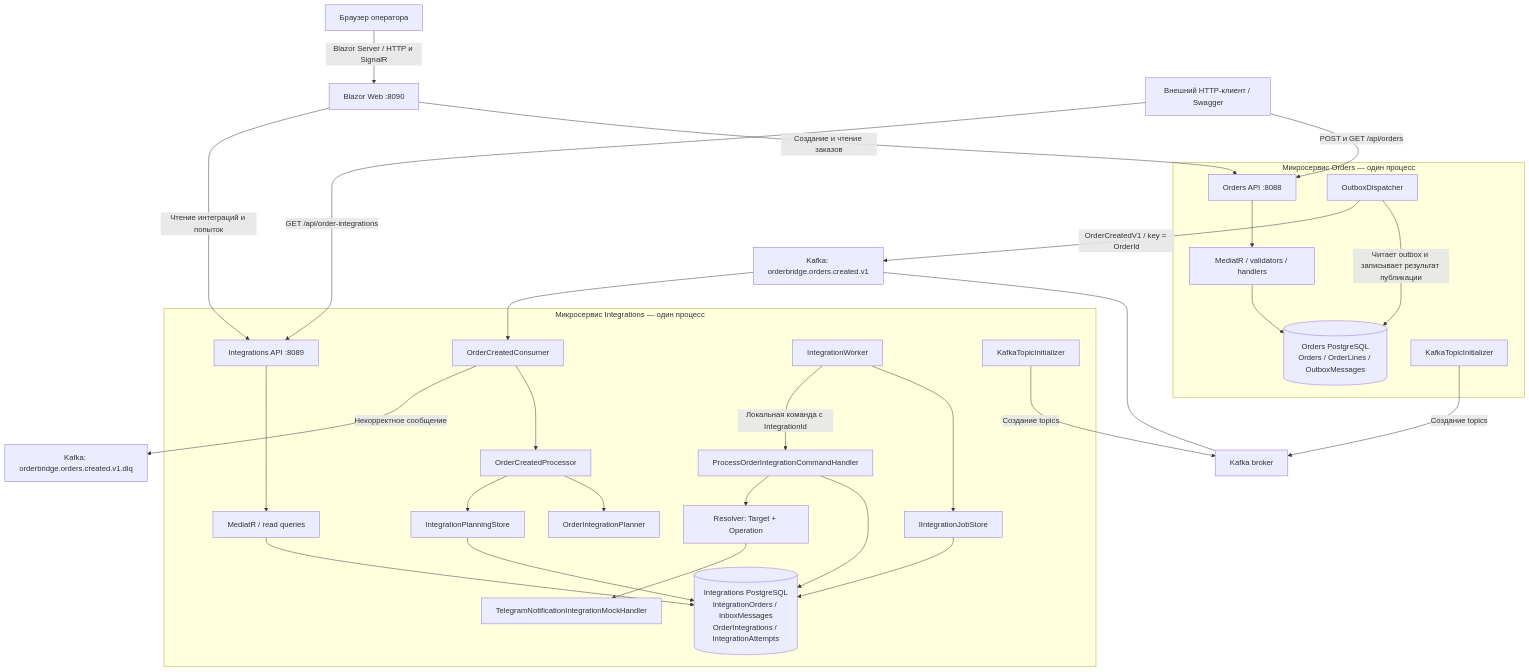
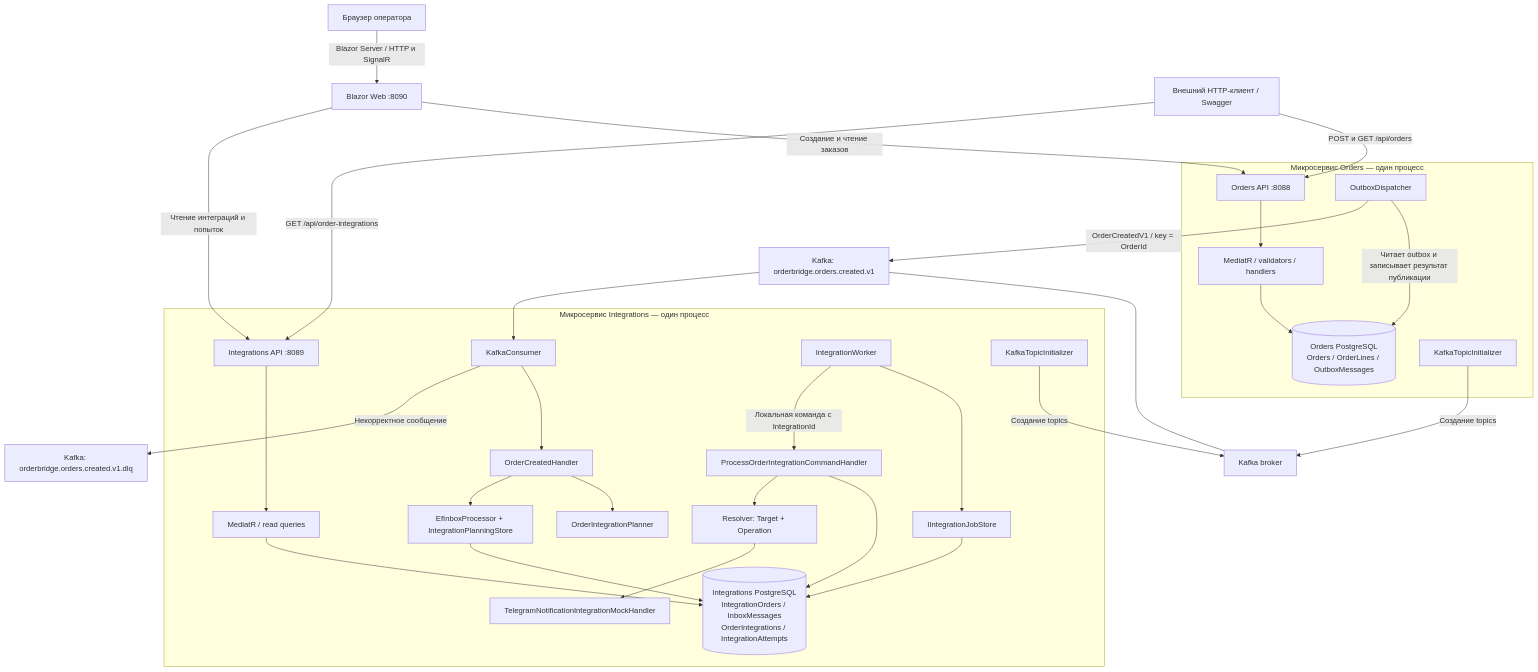
The first of 7 diagrams in docs/architecture.md (punkmyduck/b2b-order-bridge), drawn with Mermaid before and after one commit. The commit also changed other lines of this file and 4 other files, not shown here.

````diff
--- a/docs/architecture.md
+++ b/docs/architecture.md
@@ -12,39 +13,39 @@
 ```mermaid
 flowchart TB
     Browser[Браузер оператора] -->|Blazor Server / HTTP и SignalR| Web["Blazor Web :8090"]
     Client[Внешний HTTP-клиент / Swagger] -->|POST и GET /api/orders| OA
     Web -->|Создание и чтение заказов| OA
     Web -->|Чтение интеграций и попыток| IA
     Client -->|GET /api/order-integrations| IA
 
     subgraph Orders["Микросервис Orders — один процесс"]
         OA["Orders API :8088"] --> OH["MediatR / validators / handlers"]
         OH --> ODB[("Orders PostgreSQL\nOrders / OrderLines / OutboxMessages")]
         OD[OutboxDispatcher] -->|Читает outbox и записывает результат публикации| ODB
         OTI[KafkaTopicInitializer]
     end
 
     OD -->|"OrderCreatedV1 / key = OrderId"| KT["Kafka: orderbridge.orders.created.v1"]
     OTI -->|Создание topics| Kafka[Kafka broker]
     KT --- Kafka
 
     subgraph Integrations["Микросервис Integrations — один процесс"]
         IA["Integrations API :8089"] --> IQ["MediatR / read queries"]
-        IC[OrderCreatedConsumer] --> IP[OrderCreatedProcessor]
+        IC[KafkaConsumer] --> IP[OrderCreatedHandler]
         IP --> PL[OrderIntegrationPlanner]
-        IP --> PS[IntegrationPlanningStore]
+        IP --> PS["EfInboxProcessor + IntegrationPlanningStore"]
         PS --> IDB[("Integrations PostgreSQL\nIntegrationOrders / InboxMessages\nOrderIntegrations / IntegrationAttempts")]
         IQ --> IDB
         IW[IntegrationWorker] --> JS[IIntegrationJobStore]
         JS --> IDB
         IW -->|Локальная команда с IntegrationId| EX[ProcessOrderIntegrationCommandHandler]
         EX --> IDB
         EX --> R[Resolver: Target + Operation]
         R --> TM[TelegramNotificationIntegrationMockHandler]
         ITI[KafkaTopicInitializer]
     end
 
     KT --> IC
     IC -->|Некорректное сообщение| DLQ["Kafka: orderbridge.orders.created.v1.dlq"]
     ITI -->|Создание topics| Kafka
 ```
````
